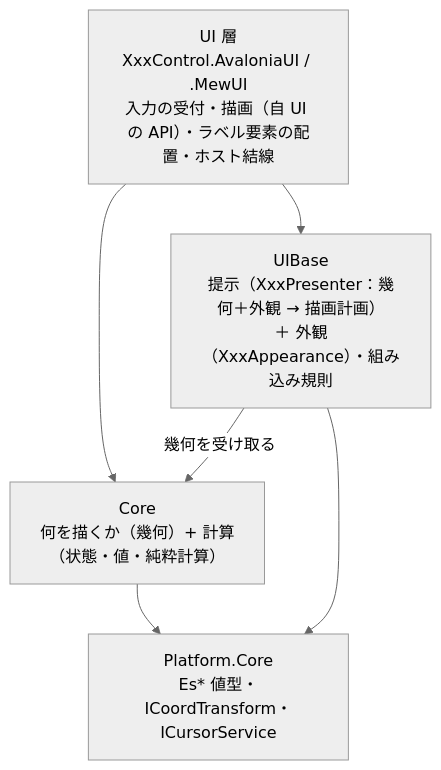
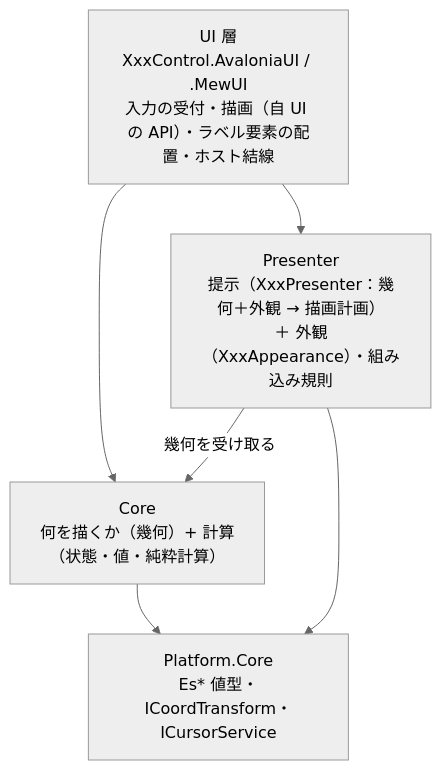
One commit to tomokuni/SaveEvidence changed the second of 2 diagrams in src/README.md. Above: the diagram before and after it, drawn with Mermaid (neutral theme). The commit also changed other lines of this file and 19 other files, not shown here.

````diff
--- a/src/README.md
+++ b/src/README.md
@@ -26,11 +24,11 @@
 ```mermaid
 flowchart TB
     UI["UI 層<br/>XxxControl.AvaloniaUI / .MewUI<br/>入力の受付・描画（自 UI の API）・ラベル要素の配置・ホスト結線"]
-    UB["UIBase<br/>提示（XxxPresenter：幾何＋外観 → 描画計画）<br/>＋ 外観（XxxAppearance）・組み込み規則"]
+    UB["Presenter<br/>提示（XxxPresenter：幾何＋外観 → 描画計画）<br/>＋ 外観（XxxAppearance）・組み込み規則"]
     CORE["Core<br/>何を描くか（幾何）+ 計算<br/>（状態・値・純粋計算）"]
     UI --> UB
     UI --> CORE
     UB -->|幾何を受け取る| CORE
     CORE --> PC["Platform.Core<br/>Es* 値型・ICoordTransform・ICursorService"]
     UB --> PC
 ```
````
